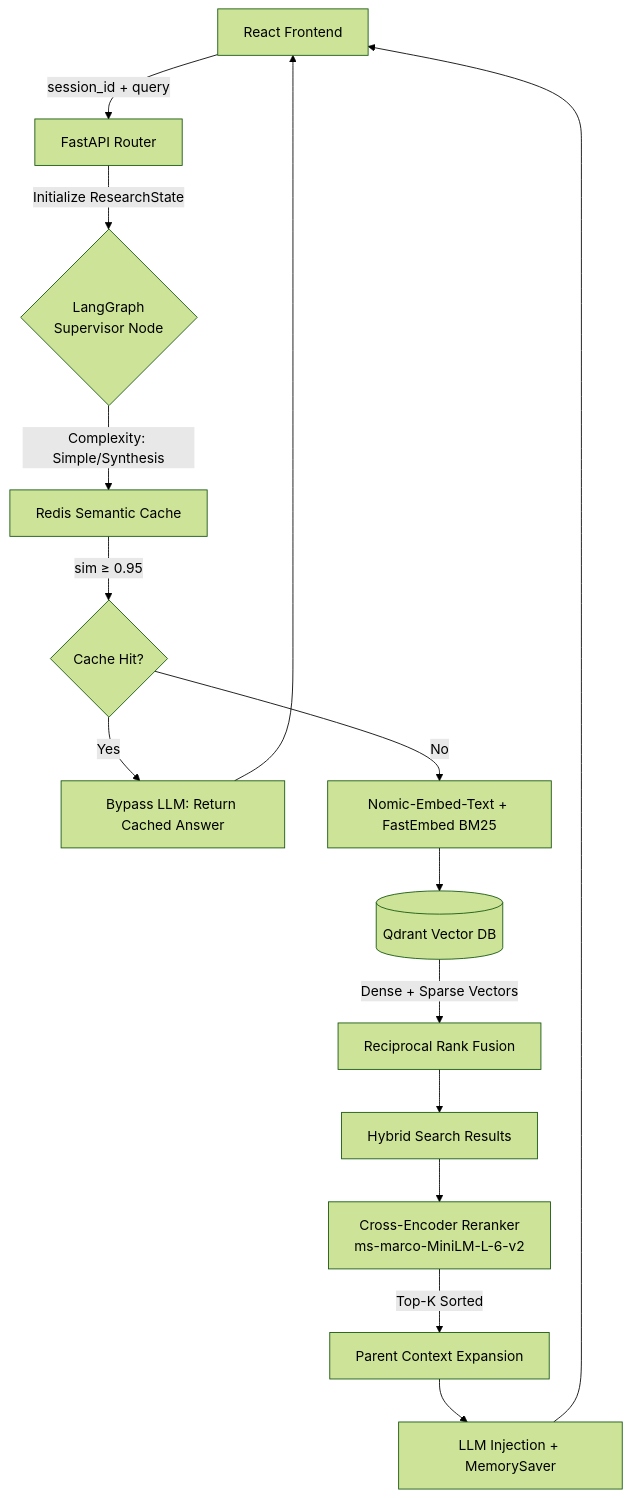
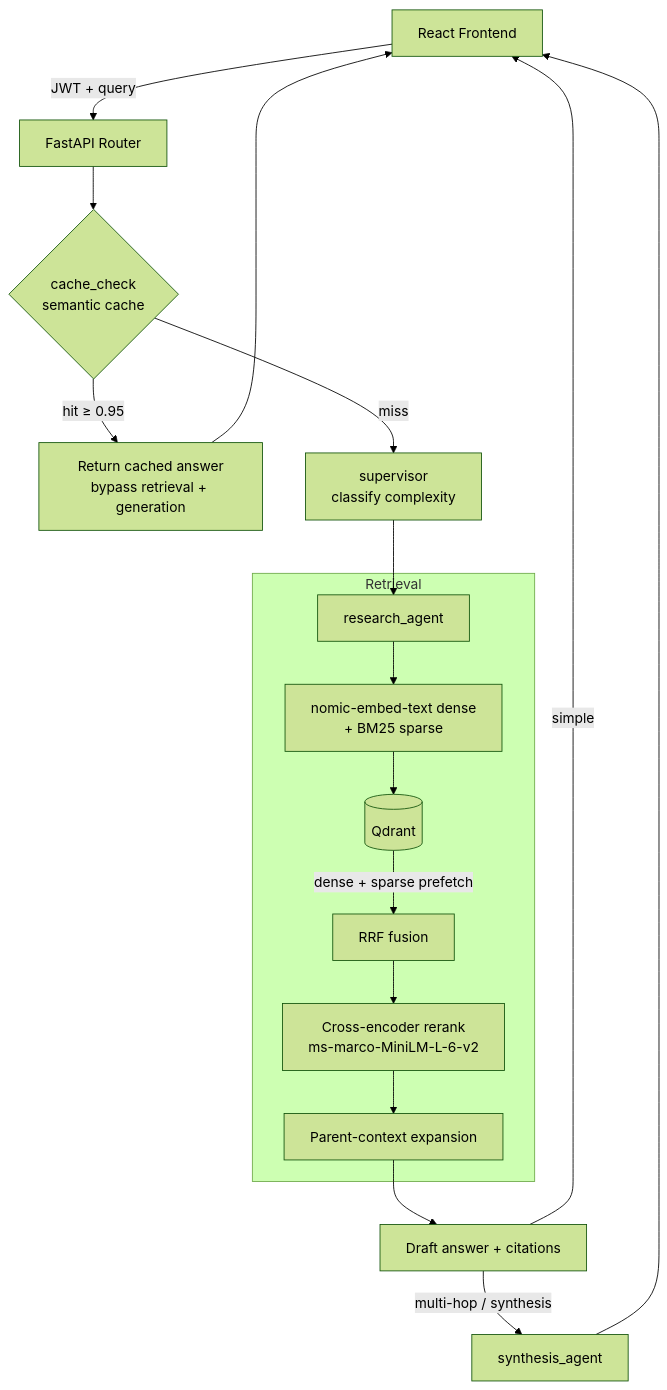
The diagram in README.md (hamdan-ishfaq/HERMES), drawn with Mermaid (forest theme) before and after one commit. The commit also changed other lines of this file and 39 other files, not shown here.

First line of the commit message:
Fix RAG pipeline bugs and align docs with resume-honest architecture.

````diff
--- a/README.md
+++ b/README.md
@@ -17,24 +25,24 @@
 ```mermaid
 flowchart TD
-    UI[React Frontend] -->|session_id + query| API[FastAPI Router]
-    API -->|Initialize ResearchState| Supervisor{LangGraph<br>Supervisor Node}
+    UI[React Frontend] -->|JWT + query| API[FastAPI Router]
+    API --> Cache{cache_check<br>semantic cache}
 
-    Supervisor -->|Complexity: Simple/Synthesis| Cache[Redis Semantic Cache]
+    Cache -->|hit ≥ 0.95| Return[Return cached answer<br>bypass retrieval + generation]
+    Return --> UI
 
-    Cache -->|sim &ge; 0.95| CacheHit{Cache Hit?}
-    
-    CacheHit -->|Yes| FastTrack[Bypass LLM: Return Cached Answer]
-    FastTrack --> UI
+    Cache -->|miss| Supervisor[supervisor<br>classify complexity]
+    Supervisor --> Research[research_agent]
 
-    CacheHit -->|No| Embed[Nomic-Embed-Text + FastEmbed BM25]
-    Embed --> Qdrant[(Qdrant Vector DB)]
-    
-    Qdrant -->|Dense + Sparse Vectors| RRF[Reciprocal Rank Fusion]
-    RRF --> HybridResults[Hybrid Search Results]
-    
-    HybridResults --> Rerank[Cross-Encoder Reranker<br>ms-marco-MiniLM-L-6-v2]
-    Rerank -->|Top-K Sorted| Context[Parent Context Expansion]
+    subgraph Retrieval
+        Research --> Embed[nomic-embed-text dense<br>+ BM25 sparse]
+        Embed --> Qdrant[(Qdrant)]
+        Qdrant -->|dense + sparse prefetch| RRF[RRF fusion]
+        RRF --> Rerank[Cross-encoder rerank<br>ms-marco-MiniLM-L-6-v2]
+        Rerank --> Parent[Parent-context expansion]
+    end
 
-    Context --> LLM[LLM Injection + MemorySaver]
-    LLM --> UI
+    Parent --> Draft[Draft answer + citations]
+    Draft -->|simple| UI
+    Draft -->|multi-hop / synthesis| Synthesis[synthesis_agent]
+    Synthesis --> UI
 ```
````
